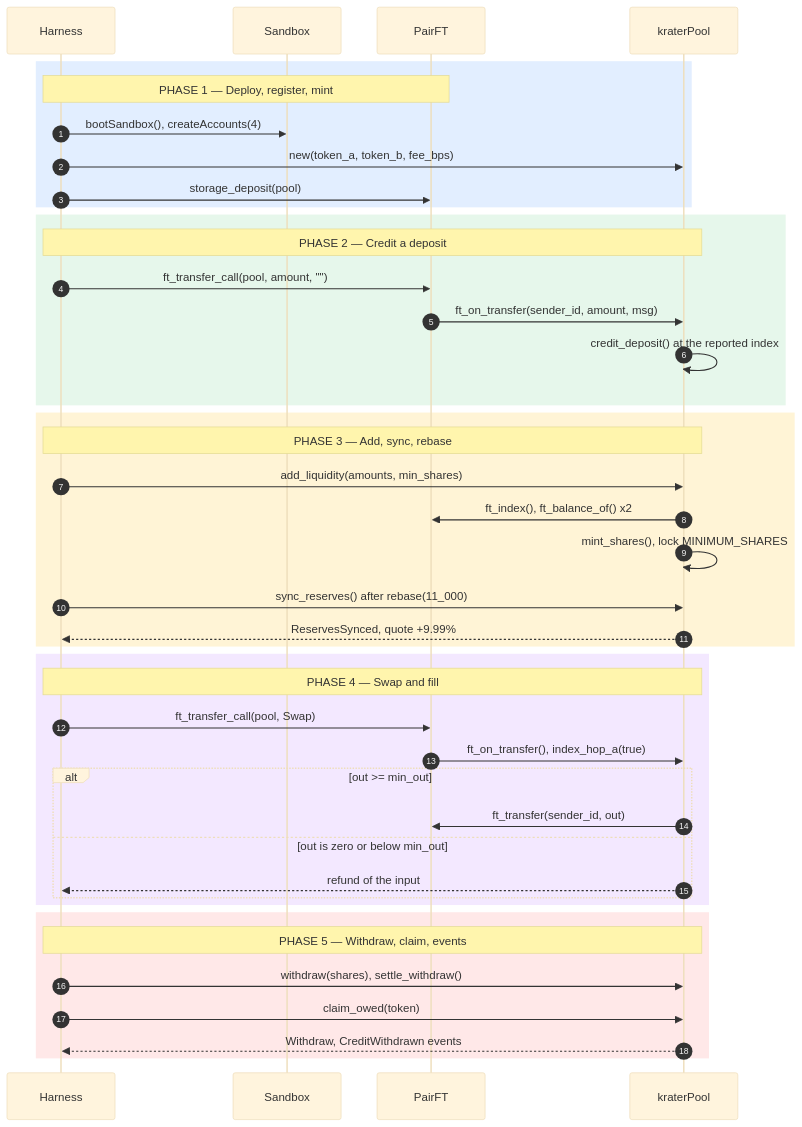
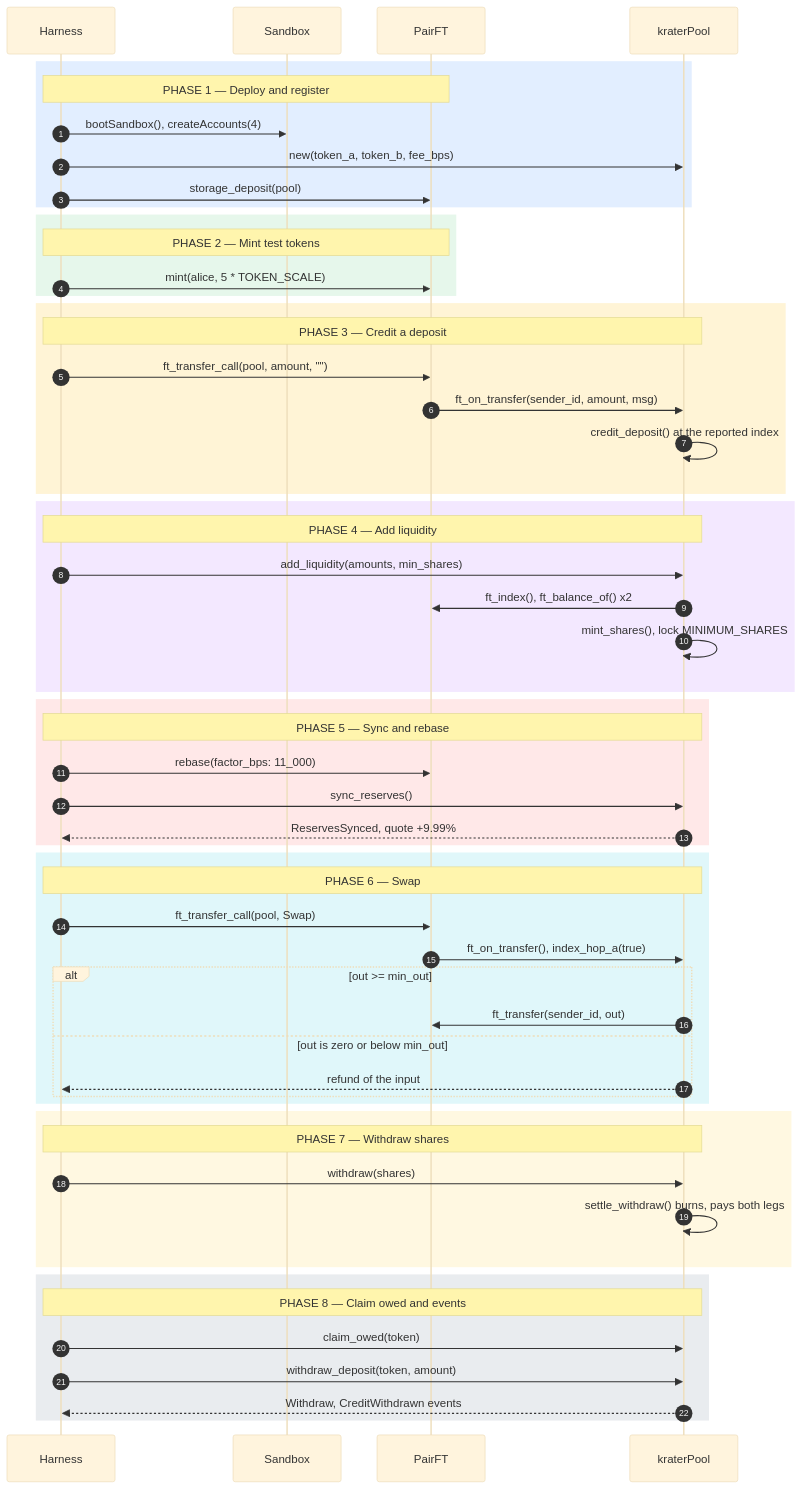
One commit to amolikpe-bit/reserve-backed-liquidity-pool changed the diagram in README.md. Above: the diagram before and after it, drawn with Mermaid.

Commit message:
docs(krater): expand diagram to 8 phases

````diff
--- a/README.md
+++ b/README.md
@@ -4,45 +4,58 @@
 ```mermaid
 %%{init: {"theme":"base","themeVariables":{"fontSize":"14px"}}}%%
 sequenceDiagram
     autonumber
     participant S as Harness
     participant C as Sandbox
     participant FT as PairFT
     participant P as kraterPool
     rect rgb(226,238,255)
-    Note over S,FT: PHASE 1 — Deploy, register, mint
+    Note over S,FT: PHASE 1 — Deploy and register
     S->>C: bootSandbox(), createAccounts(4)
     S->>P: new(token_a, token_b, fee_bps)
     S->>FT: storage_deposit(pool)
     end
     rect rgb(230,247,235)
-    Note over S,P: PHASE 2 — Credit a deposit
+    Note over S,FT: PHASE 2 — Mint test tokens
+    S->>FT: mint(alice, 5 * TOKEN_SCALE)
+    end
+    rect rgb(255,244,214)
+    Note over S,P: PHASE 3 — Credit a deposit
     S->>FT: ft_transfer_call(pool, amount, "")
     FT->>P: ft_on_transfer(sender_id, amount, msg)
     P->>P: credit_deposit() at the reported index
     end
-    rect rgb(255,244,214)
-    Note over S,P: PHASE 3 — Add, sync, rebase
+    rect rgb(243,232,255)
+    Note over S,P: PHASE 4 — Add liquidity
     S->>P: add_liquidity(amounts, min_shares)
     P->>FT: ft_index(), ft_balance_of() x2
     P->>P: mint_shares(), lock MINIMUM_SHARES
-    S->>P: sync_reserves() after rebase(11_000)
+    end
+    rect rgb(255,232,232)
+    Note over S,P: PHASE 5 — Sync and rebase
+    S->>FT: rebase(factor_bps: 11_000)
+    S->>P: sync_reserves()
     P-->>S: ReservesSynced, quote +9.99%
     end
-    rect rgb(243,232,255)
-    Note over S,P: PHASE 4 — Swap and fill
+    rect rgb(224,247,250)
+    Note over S,P: PHASE 6 — Swap
     S->>FT: ft_transfer_call(pool, Swap)
     FT->>P: ft_on_transfer(), index_hop_a(true)
     alt out >= min_out
     P->>FT: ft_transfer(sender_id, out)
     else out is zero or below min_out
     P-->>S: refund of the input
     end
     end
-    rect rgb(255,232,232)
-    Note over S,P: PHASE 5 — Withdraw, claim, events
-    S->>P: withdraw(shares), settle_withdraw()
+    rect rgb(255,248,225)
+    Note over S,P: PHASE 7 — Withdraw shares
+    S->>P: withdraw(shares)
+    P->>P: settle_withdraw() burns, pays both legs
+    end
+    rect rgb(233,236,239)
+    Note over S,P: PHASE 8 — Claim owed and events
     S->>P: claim_owed(token)
+    S->>P: withdraw_deposit(token, amount)
     P-->>S: Withdraw, CreditWithdrawn events
     end
 ```
````
